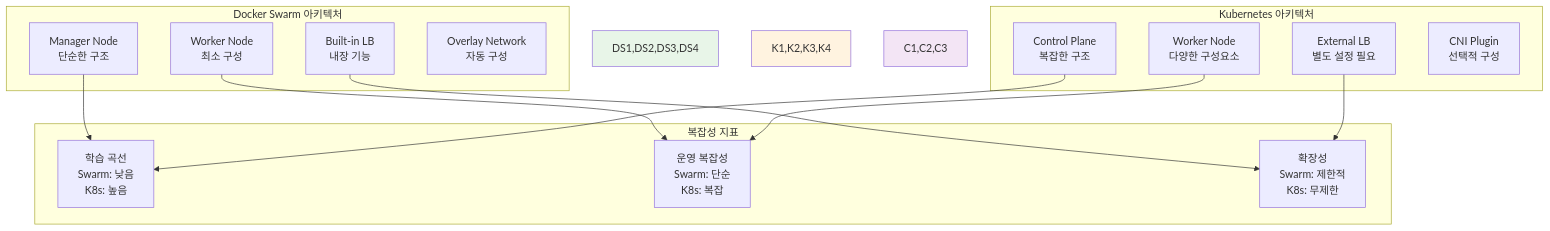
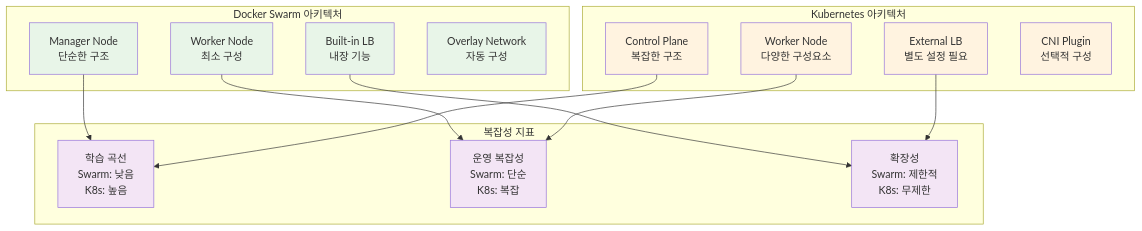
The second of 4 diagrams in theory/week_02/day4/session_1.md (niceguy61/kdt_devops_lecture_2025), drawn with Mermaid before and after one commit. The commit also changed other lines of this file and 63 other files, not shown here.

````diff
--- a/theory/week_02/day4/session_1.md
+++ b/theory/week_02/day4/session_1.md
@@ -53,33 +53,41 @@
 ```mermaid
 graph TB
     subgraph "Docker Swarm 아키텍처"
         DS1[Manager Node<br/>단순한 구조]
         DS2[Worker Node<br/>최소 구성]
         DS3[Built-in LB<br/>내장 기능]
         DS4[Overlay Network<br/>자동 구성]
     end
     
     subgraph "Kubernetes 아키텍처"
         K1[Control Plane<br/>복잡한 구조]
         K2[Worker Node<br/>다양한 구성요소]
         K3[External LB<br/>별도 설정 필요]
         K4[CNI Plugin<br/>선택적 구성]
     end
     
     subgraph "복잡성 지표"
         C1[학습 곡선<br/>Swarm: 낮음<br/>K8s: 높음]
         C2[운영 복잡성<br/>Swarm: 단순<br/>K8s: 복잡]
         C3[확장성<br/>Swarm: 제한적<br/>K8s: 무제한]
     end
     
     DS1 --> C1
     DS2 --> C2
     DS3 --> C3
     K1 --> C1
     K2 --> C2
     K3 --> C3
     
-    style DS1,DS2,DS3,DS4 fill:#e8f5e8
-    style K1,K2,K3,K4 fill:#fff3e0
-    style C1,C2,C3 fill:#f3e5f5
+    style DS1 fill:#e8f5e8
+    style DS2 fill:#e8f5e8
+    style DS3 fill:#e8f5e8
+    style DS4 fill:#e8f5e8
+    style K1 fill:#fff3e0
+    style K2 fill:#fff3e0
+    style K3 fill:#fff3e0
+    style K4 fill:#fff3e0
+    style C1 fill:#f3e5f5
+    style C2 fill:#f3e5f5
+    style C3 fill:#f3e5f5
 ```
````
